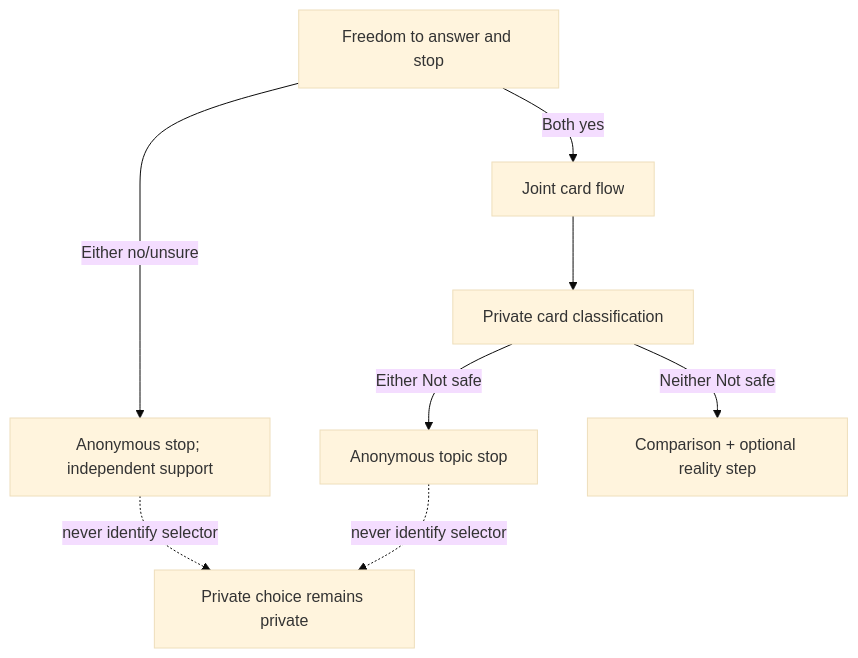
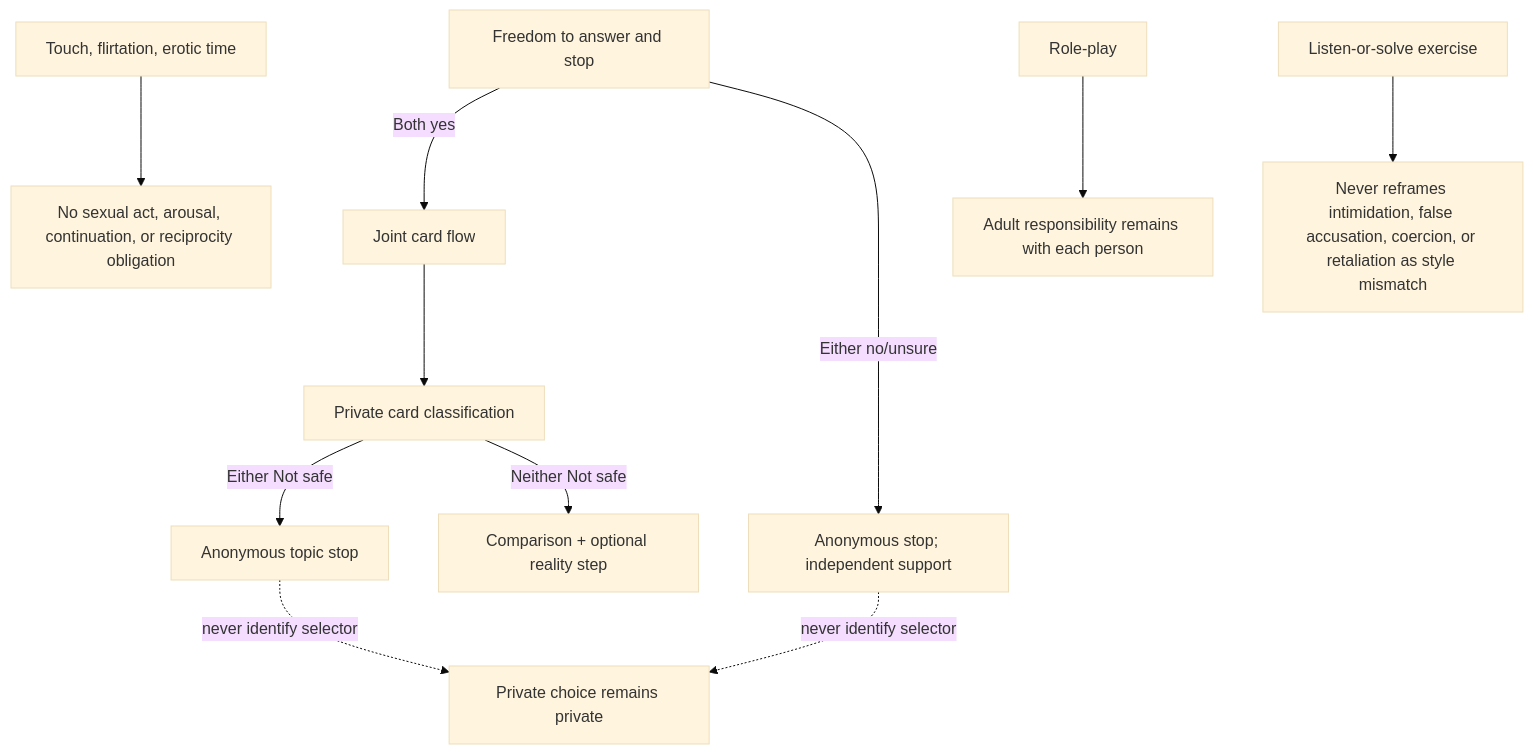
One commit to u-dont-existDOTcom/joel-articles changed the third of 7 diagrams in product-architectures/love-honestly-card-game/ARCHITECTURE.md. Above: the diagram before and after it, drawn with Mermaid (base theme). The commit also changed other lines of this file, not shown here.

Commit message:
docs: update Love Honestly architecture to v0.3.0

````diff
--- a/product-architectures/love-honestly-card-game/ARCHITECTURE.md
+++ b/product-architectures/love-honestly-card-game/ARCHITECTURE.md
@@ -85,11 +59,15 @@
 ```mermaid
 flowchart TD
     FREE["Freedom to answer and stop"] -->|"Both yes"| JOINT["Joint card flow"]
     FREE -->|"Either no/unsure"| PRIVATE["Anonymous stop; independent support"]
     JOINT --> CLASS["Private card classification"]
     CLASS -->|"Either Not safe"| TOPICSTOP["Anonymous topic stop"]
     CLASS -->|"Neither Not safe"| COMPARE["Comparison + optional reality step"]
 
+    SEX["Touch, flirtation, erotic time"] --> NONOB["No sexual act, arousal, continuation, or reciprocity obligation"]
+    ROLE["Role-play"] --> ADULT["Adult responsibility remains with each person"]
+    LISTEN["Listen-or-solve exercise"] --> ABUSE["Never reframes intimidation, false accusation, coercion, or retaliation as style mismatch"]
+
     PRIVATE -. "never identify selector" .-> SECRET["Private choice remains private"]
     TOPICSTOP -. "never identify selector" .-> SECRET
 ```
````
